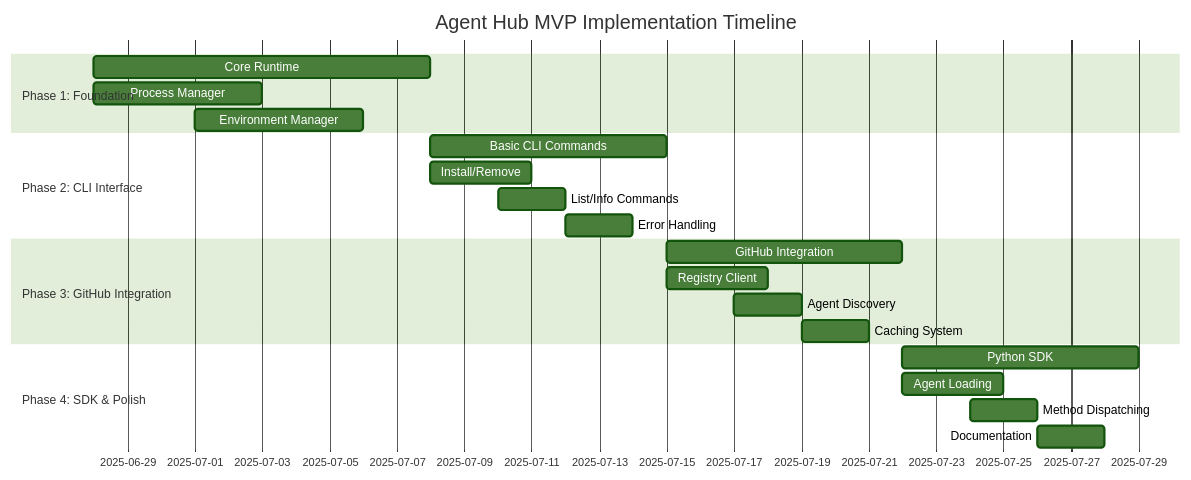
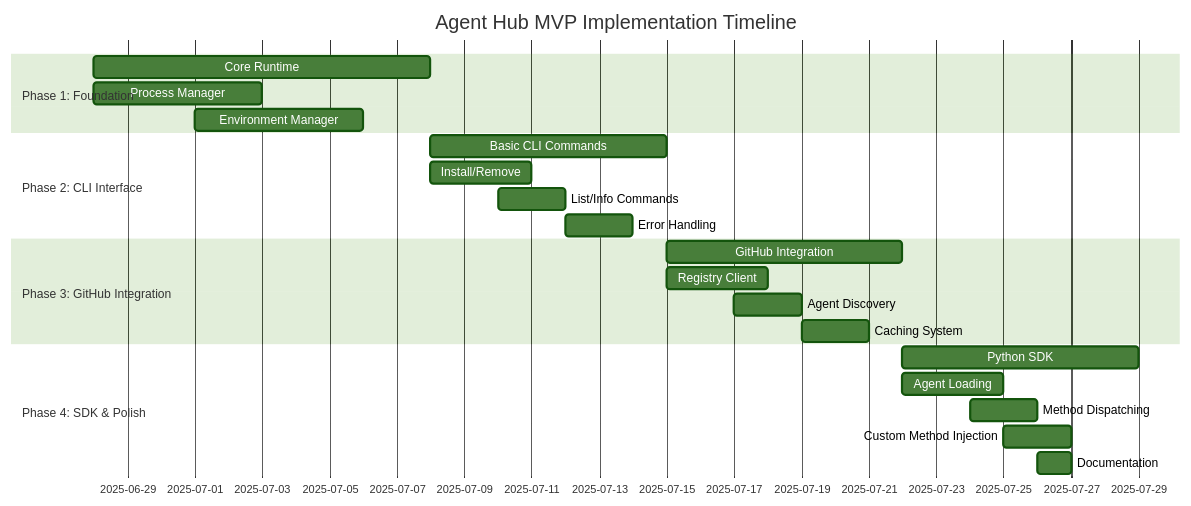
One commit to agentplug/agenthub changed the diagram in docs/.architecture_design/mvp/09_mvp_implementation_plan.md. Above: the diagram before and after it, drawn with Mermaid (forest theme). The commit also changed other lines of this file and 16 other files, not shown here.

````diff
--- a/docs/.architecture_design/mvp/09_mvp_implementation_plan.md
+++ b/docs/.architecture_design/mvp/09_mvp_implementation_plan.md
@@ -29,27 +31,28 @@
 ```mermaid
 gantt
     title Agent Hub MVP Implementation Timeline
     dateFormat  YYYY-MM-DD
     section Phase 1: Foundation
     Core Runtime           :p1, 2025-06-28, 10d
     Process Manager        :p1-1, 2025-06-28, 5d
     Environment Manager    :p1-2, 2025-07-01, 5d
     
     section Phase 2: CLI Interface
     Basic CLI Commands     :p2, 2025-07-08, 7d
     Install/Remove         :p2-1, 2025-07-08, 3d
     List/Info Commands     :p2-2, 2025-07-10, 2d
     Error Handling         :p2-3, 2025-07-12, 2d
     
     section Phase 3: GitHub Integration
     GitHub Integration     :p3, 2025-07-15, 7d
     Registry Client        :p3-1, 2025-07-15, 3d
     Agent Discovery        :p3-2, 2025-07-17, 2d
     Caching System         :p3-3, 2025-07-19, 2d
     
     section Phase 4: SDK & Polish
     Python SDK             :p4, 2025-07-22, 7d
     Agent Loading          :p4-1, 2025-07-22, 3d
     Method Dispatching     :p4-2, 2025-07-24, 2d
-    Documentation          :p4-3, 2025-07-26, 2d
+    Custom Method Injection:p4-3, 2025-07-25, 2d
+    Documentation          :p4-4, 2025-07-26, 1d
 ```
````
